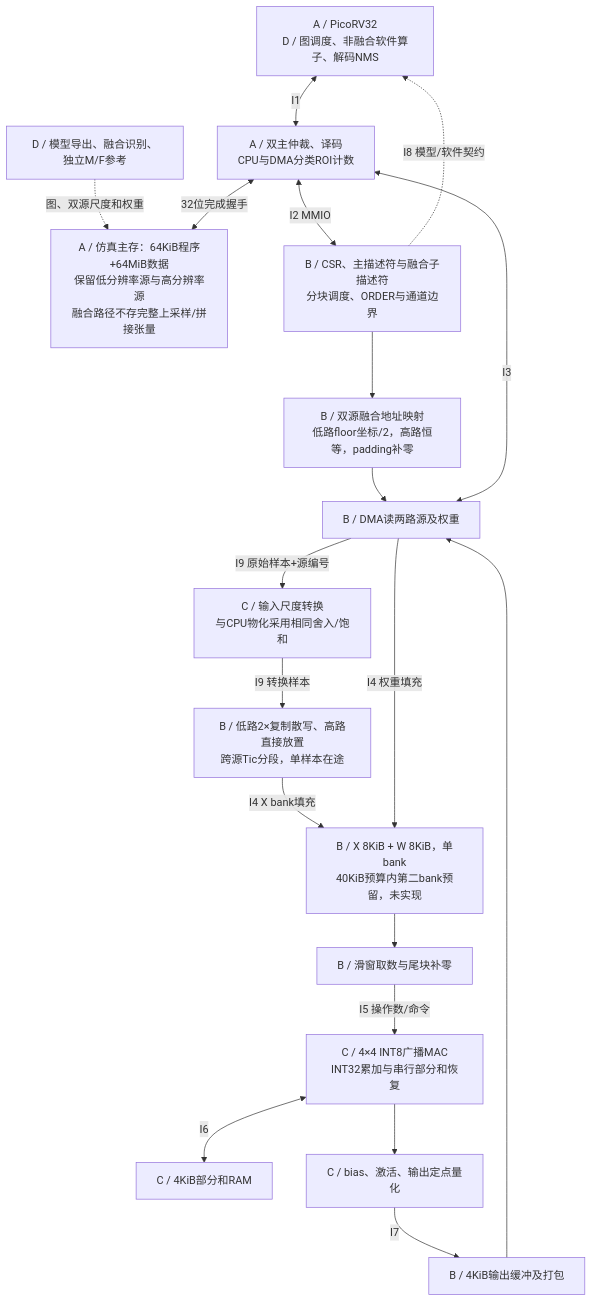
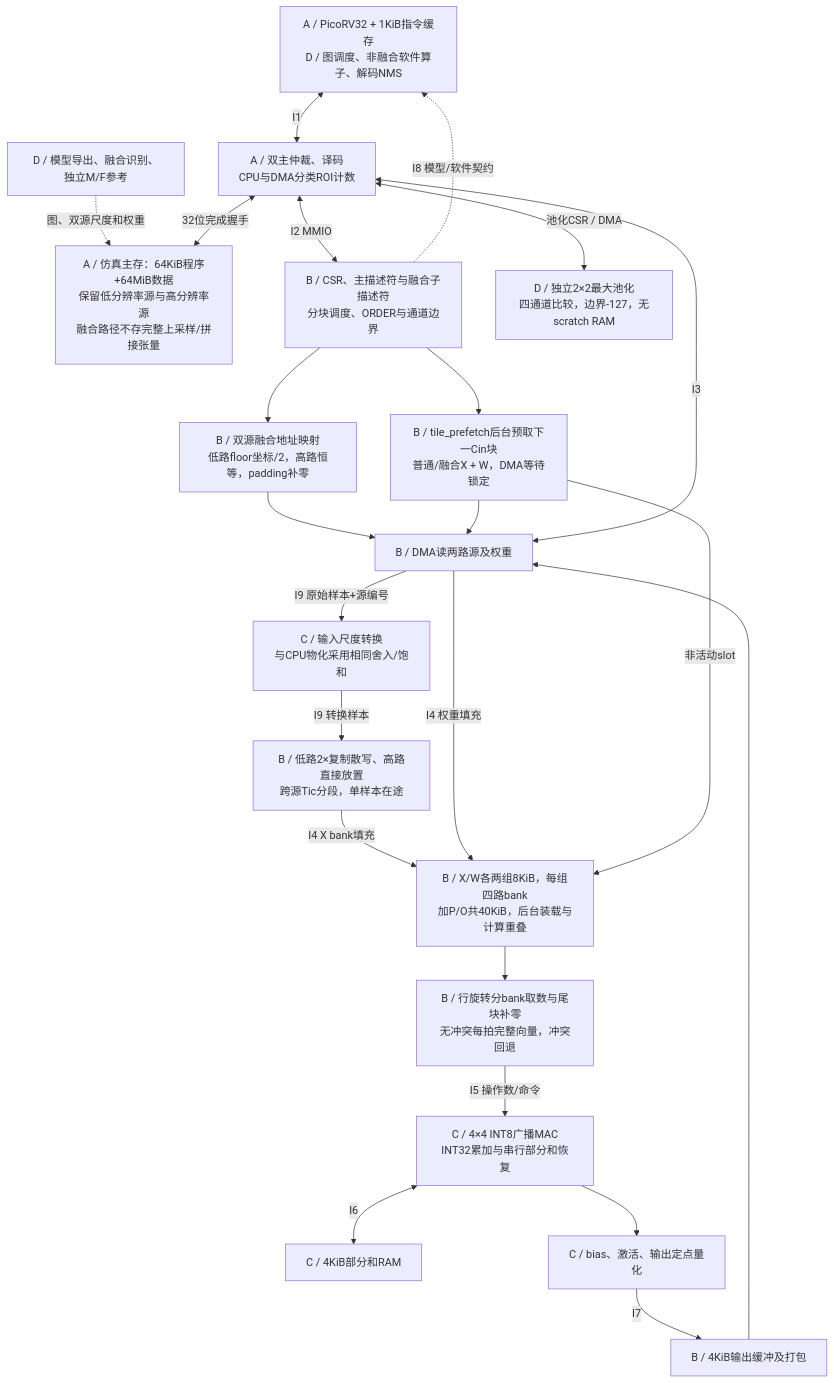
One commit to PimeGiano/ai-soc changed the diagram in docs/design.md. Above: the diagram before and after it, drawn with Mermaid. The commit also changed other lines of this file and 97 other files, not shown here.

````diff
--- a/docs/design.md
+++ b/docs/design.md
@@ -51,21 +51,25 @@
 ```mermaid
 flowchart TB
   HOST["D / 模型导出、融合识别、独立M/F参考"] -. "图、双源尺度和权重" .-> MEM
-  CPU["A / PicoRV32<br/>D / 图调度、非融合软件算子、解码NMS"] <-->|"I1"| BUS["A / 双主仲裁、译码<br/>CPU与DMA分类ROI计数"]
+  CPU["A / PicoRV32 + 1KiB指令缓存<br/>D / 图调度、非融合软件算子、解码NMS"] <-->|"I1"| BUS["A / 双主仲裁、译码<br/>CPU与DMA分类ROI计数"]
   BUS <-->|"32位完成握手"| MEM["A / 仿真主存：64KiB程序+64MiB数据<br/>保留低分辨率源与高分辨率源<br/>融合路径不存完整上采样/拼接张量"]
   BUS <-->|"I2 MMIO"| CTRL["B / CSR、主描述符与融合子描述符<br/>分块调度、ORDER与通道边界"]
   CTRL --> MAP["B / 双源融合地址映射<br/>低路floor坐标/2，高路恒等，padding补零"]
   MAP --> DMA["B / DMA读两路源及权重"]
   DMA <-->|"I3"| BUS
   DMA -->|"I9 原始样本+源编号"| IQ["C / 输入尺度转换<br/>与CPU物化采用相同舍入/饱和"]
   IQ -->|"I9 转换样本"| SCAT["B / 低路2×复制散写、高路直接放置<br/>跨源Tic分段，单样本在途"]
-  SCAT -->|"I4 X bank填充"| BUF["B / X 8KiB + W 8KiB，单bank<br/>40KiB预算内第二bank预留，未实现"]
+  SCAT -->|"I4 X bank填充"| BUF["B / X/W各两组8KiB，每组四路bank<br/>加P/O共40KiB，后台装载与计算重叠"]
   DMA -->|"I4 权重填充"| BUF
-  BUF --> GATHER["B / 滑窗取数与尾块补零"]
+  BUF --> GATHER["B / 行旋转分bank取数与尾块补零<br/>无冲突每拍完整向量，冲突回退"]
   GATHER -->|"I5 操作数/命令"| CORE["C / 4×4 INT8广播MAC<br/>INT32累加与串行部分和恢复"]
   CORE <-->|"I6"| PSUM["C / 4KiB部分和RAM"]
   CORE --> Q["C / bias、激活、输出定点量化"]
   Q -->|"I7"| OUT["B / 4KiB输出缓冲及打包"]
   OUT --> DMA
   CTRL -. "I8 模型/软件契约" .-> CPU
+  CTRL --> PF["B / tile_prefetch后台预取下一Cin块<br/>普通/融合X + W，DMA等待锁定"]
+  PF --> DMA
+  PF -->|"非活动slot"| BUF
+  BUS <-->|"池化CSR / DMA"| POOL["D / 独立2×2最大池化<br/>四通道比较，边界-127，无scratch RAM"]
 ```
````
